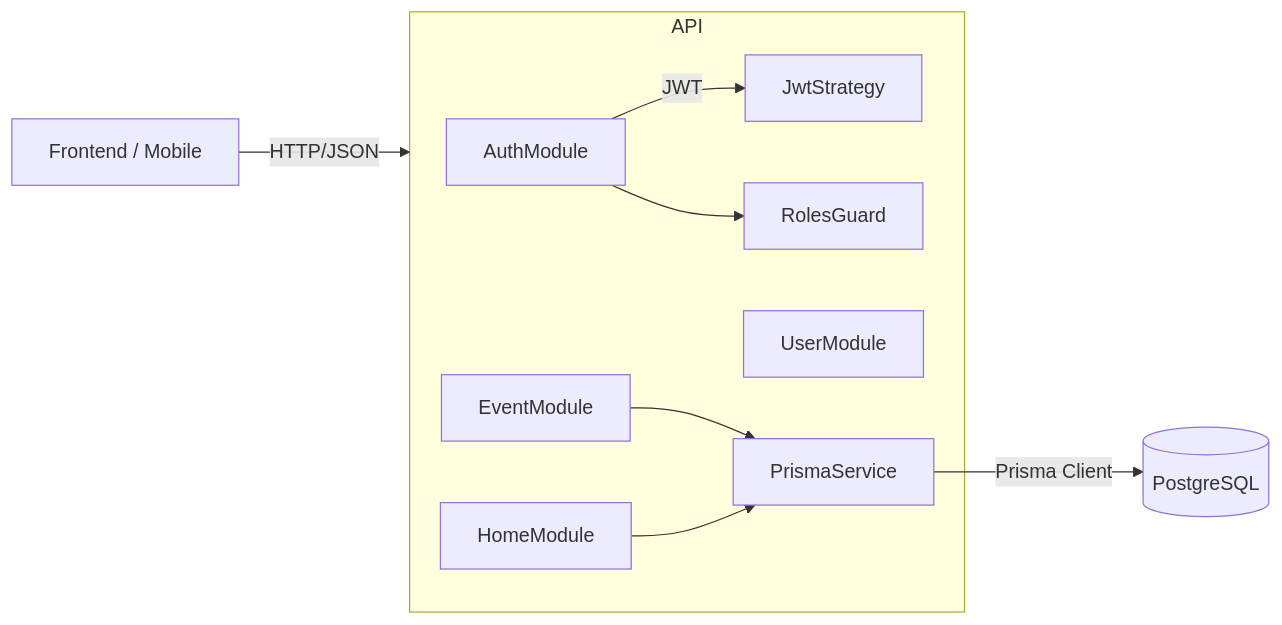
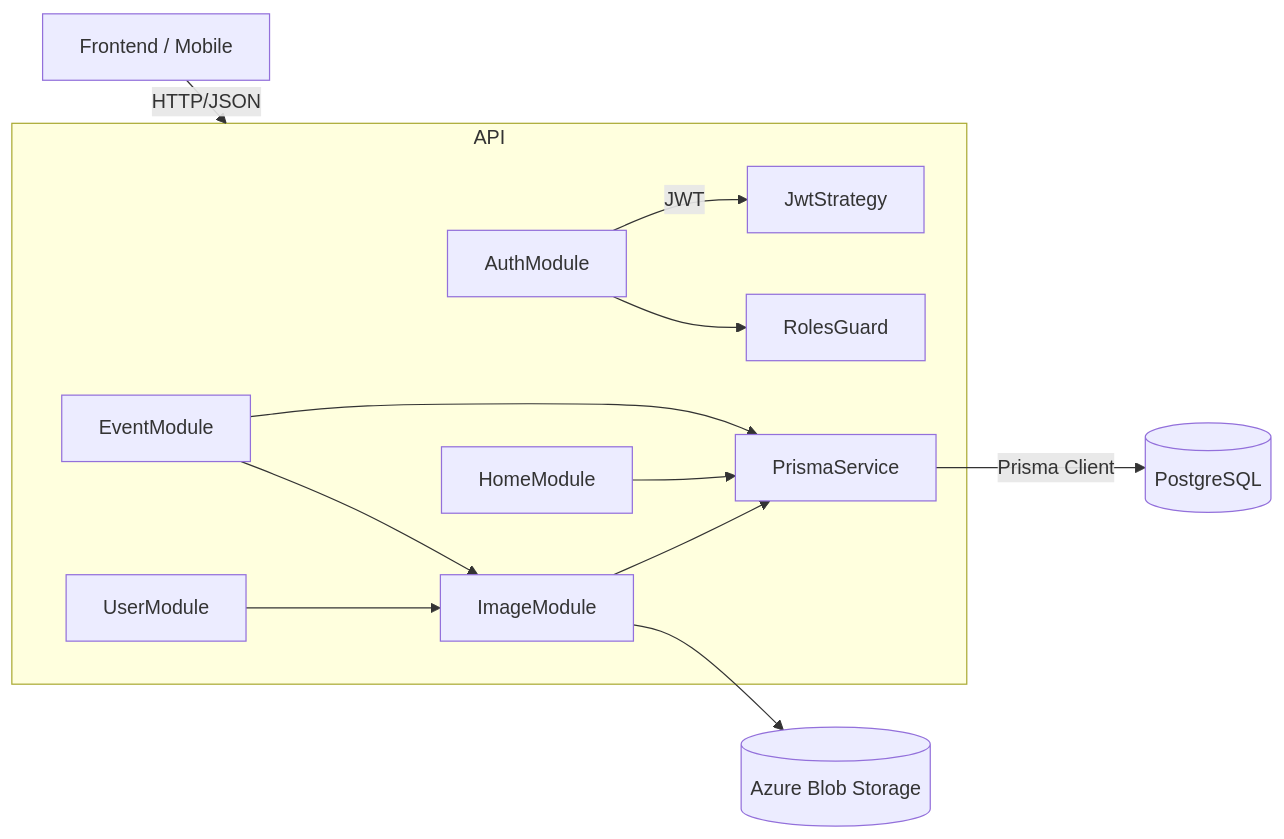
The third of 3 diagrams in README.md (guigasdev/app_biblio_back), drawn with Mermaid before and after one commit. The commit also changed other lines of this file and 19 other files, not shown here.

````diff
--- a/README.md
+++ b/README.md
@@ -153,13 +172,17 @@
 ```mermaid
 flowchart LR
   Client[Frontend / Mobile] -- HTTP/JSON --> API[NestJS API]
   subgraph API
     AuthModule -->|JWT| JwtStrategy
     AuthModule --> RolesGuard
     UserModule
     EventModule --> PrismaService
     HomeModule --> PrismaService
+    ImageModule --> PrismaService
+    EventModule --> ImageModule
+    UserModule --> ImageModule
   end
 
   PrismaService -->|Prisma Client| PostgreSQL[(PostgreSQL)]
+  ImageModule --> AzureBlob[(Azure Blob Storage)]
 ```
````
